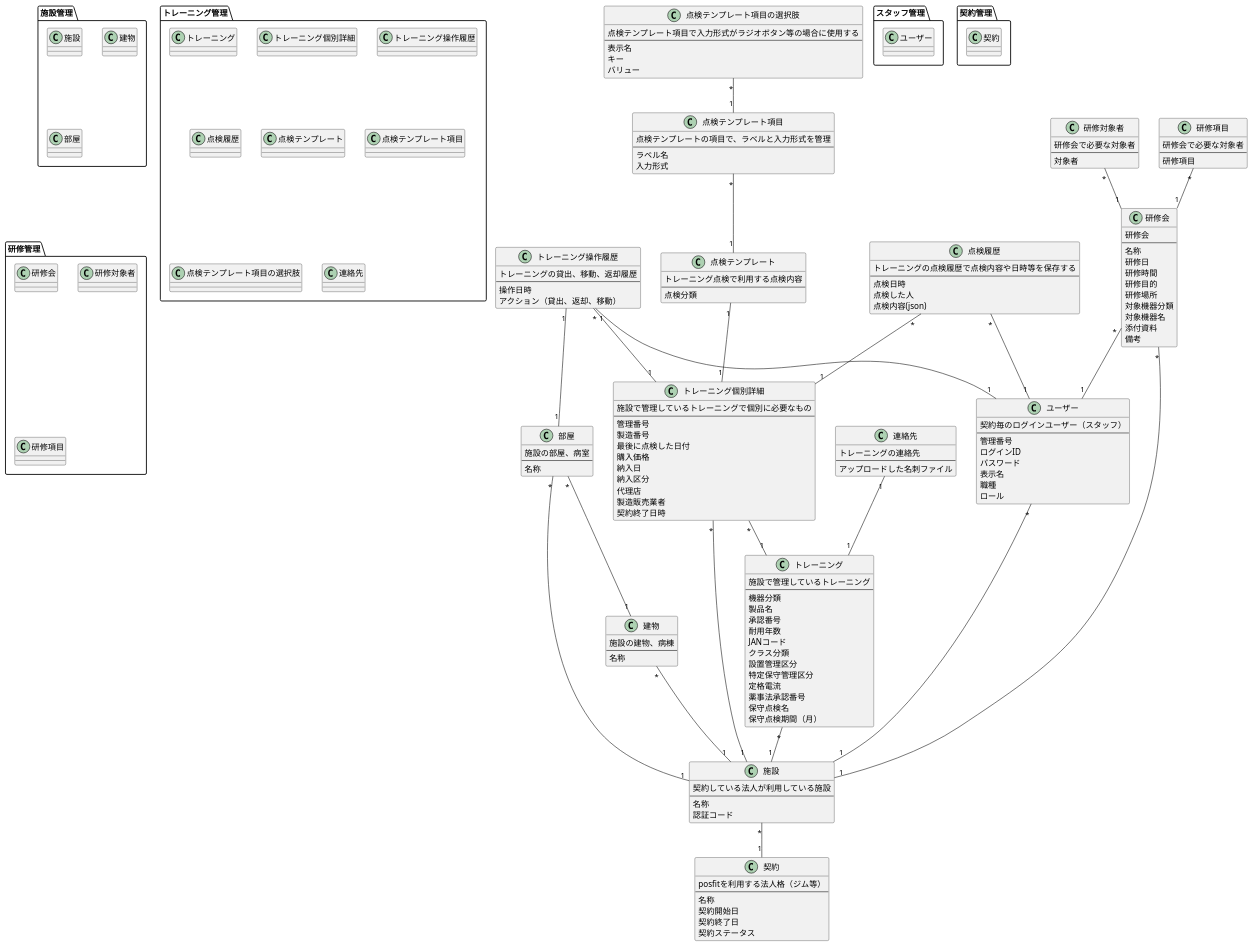
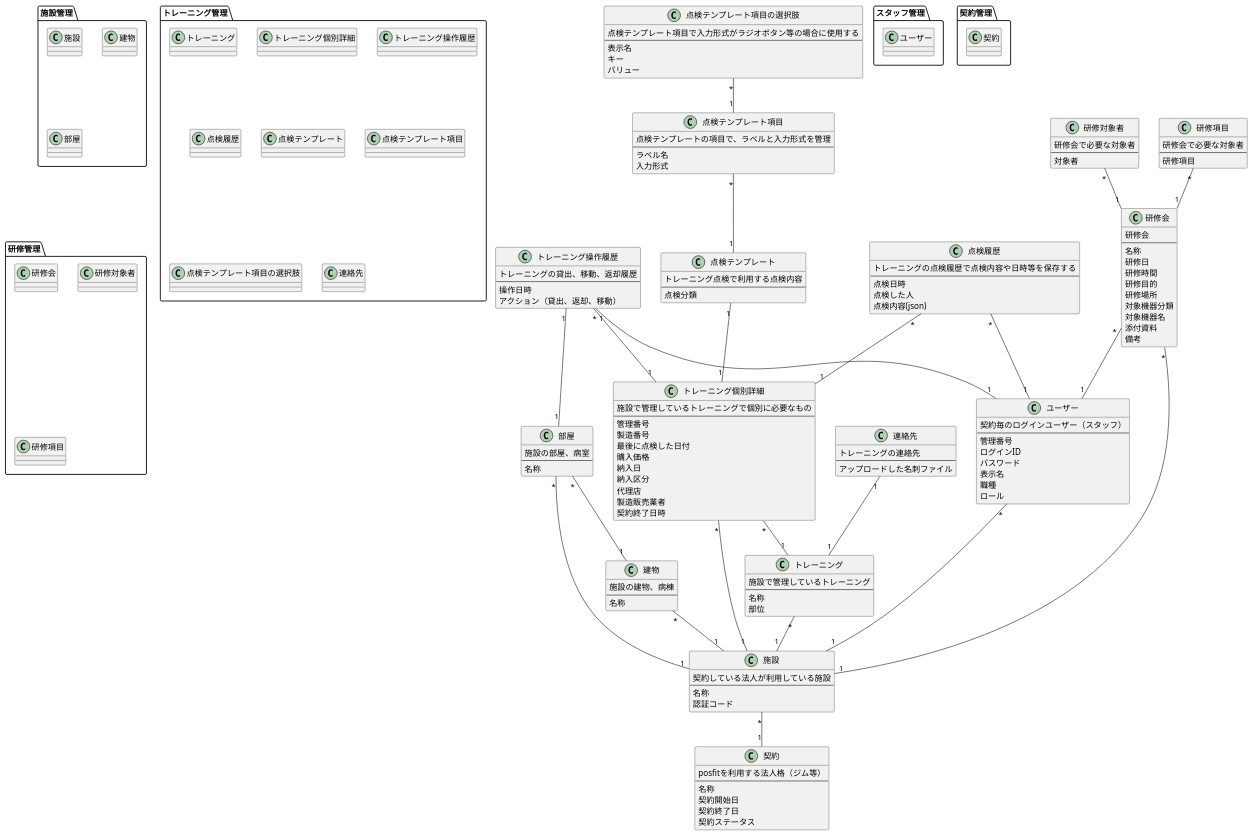
Before and after one commit to autofit-hackers/autofit: the diagram in docs/db/posefit.puml, drawn with PlantUML.

Commit message:
chore: update puml file to ignite github actions

```diff
--- a/docs/db/posefit.puml
+++ b/docs/db/posefit.puml
@@ -1,193 +1,183 @@
 @startuml domain-model
 
 package スタッフ管理 {
   class ユーザー
 }
 
 package 契約管理 {
   class 契約
 }
 
 package 施設管理 {
   class 施設
   class 建物
   class 部屋
 }
 
 package トレーニング管理 {
   class トレーニング
   class トレーニング個別詳細
   class トレーニング操作履歴
   class 点検履歴
   class 点検テンプレート
   class 点検テンプレート項目
   class 点検テンプレート項目の選択肢
   class 連絡先
 }
 
 package 研修管理 {
   class 研修会
   class 研修対象者
   class 研修項目
 }
 
 class 契約 {
   posfitを利用する法人格（ジム等）
   ---
   名称
   契約開始日
   契約終了日
   契約ステータス
 }
 
 class 施設 {
   契約している法人が利用している施設
   ---
   名称
   認証コード
 }
 施設 "*" -- "1" 契約
 
 class ユーザー {
   契約毎のログインユーザー（スタッフ）
   ---
   管理番号
   ログインID
   パスワード
   表示名
   職種
   ロール
 }
 ユーザー "*" -- "1" 施設
 
 class トレーニング {
   施設で管理しているトレーニング
   ---
-  機器分類
-  製品名
-  承認番号
-  耐用年数
-  JANコード
-  クラス分類
-  設置管理区分
-  特定保守管理区分
-  定格電流
-  薬事法承認番号
-  保守点検名
-  保守点検期間（月）
+  名称
+  部位
 }
 トレーニング "*" -- "1" 施設
 
 class トレーニング個別詳細 {
   施設で管理しているトレーニングで個別に必要なもの
   ---
   管理番号
   製造番号
   最後に点検した日付
   購入価格
   納入日
   納入区分
   代理店
   製造販売業者
   契約終了日時
 }
 トレーニング個別詳細 "*" -- "1" 施設
 トレーニング個別詳細 "*" -- "1" トレーニング
 
 class 連絡先 {
   トレーニングの連絡先
   ---
   アップロードした名刺ファイル
 }
 連絡先 "1" -- "1" トレーニング
 
 class 建物 {
   施設の建物、病棟
   ---
   名称
 }
 建物 "*" -- "1" 施設
 
 class 部屋 {
   施設の部屋、病室
   ---
   名称
 }
 部屋 "*" -- "1" 施設
 部屋 "*" -- "1" 建物
 
 class トレーニング操作履歴 {
   トレーニングの貸出、移動、返却履歴
   ---
   操作日時
   アクション（貸出、返却、移動）
 }
 トレーニング操作履歴 "*" -- "1" トレーニング個別詳細
 トレーニング操作履歴 "1" -- "1" ユーザー
 トレーニング操作履歴 "1" -- "1" 部屋
 
 class 点検テンプレート {
   トレーニング点検で利用する点検内容
   ---
   点検分類
 }
 点検テンプレート "1" -- "1" トレーニング個別詳細
 
 class 点検テンプレート項目 {
   点検テンプレートの項目で、ラベルと入力形式を管理
   ---
   ラベル名
   入力形式
 }
 点検テンプレート項目 "*" -- "1" 点検テンプレート
 
 class 点検テンプレート項目の選択肢 {
   点検テンプレート項目で入力形式がラジオボタン等の場合に使用する
   ---
   表示名
   キー
   バリュー
 }
 点検テンプレート項目の選択肢 "*" -- "1" 点検テンプレート項目
 
 class 点検履歴 {
   トレーニングの点検履歴で点検内容や日時等を保存する
   ---
   点検日時
   点検した人
   点検内容(json)
 }
 点検履歴 "*" -- "1" トレーニング個別詳細
 点検履歴 "*" -- "1" ユーザー
 
 class 研修会 {
   研修会
   ---
   名称
   研修日
   研修時間
   研修目的
   研修場所
   対象機器分類
   対象機器名
   添付資料
   備考
 }
 研修会 "*" -- "1" 施設
 研修会 "*" -- "1" ユーザー
 
 class 研修対象者 {
   研修会で必要な対象者
   ---
   対象者
 }
 研修対象者 "*" -- "1" 研修会
 
 class 研修項目 {
   研修会で必要な対象者
   ---
   研修項目
 }
 研修項目 "*" -- "1" 研修会
 
 @enduml
```
